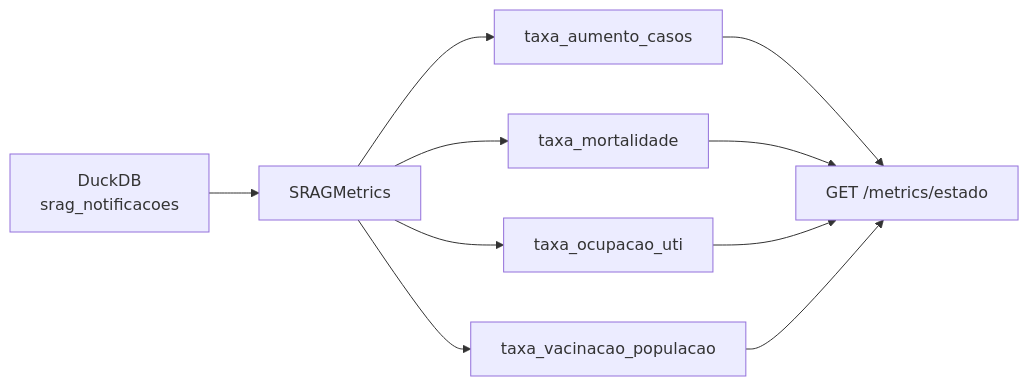
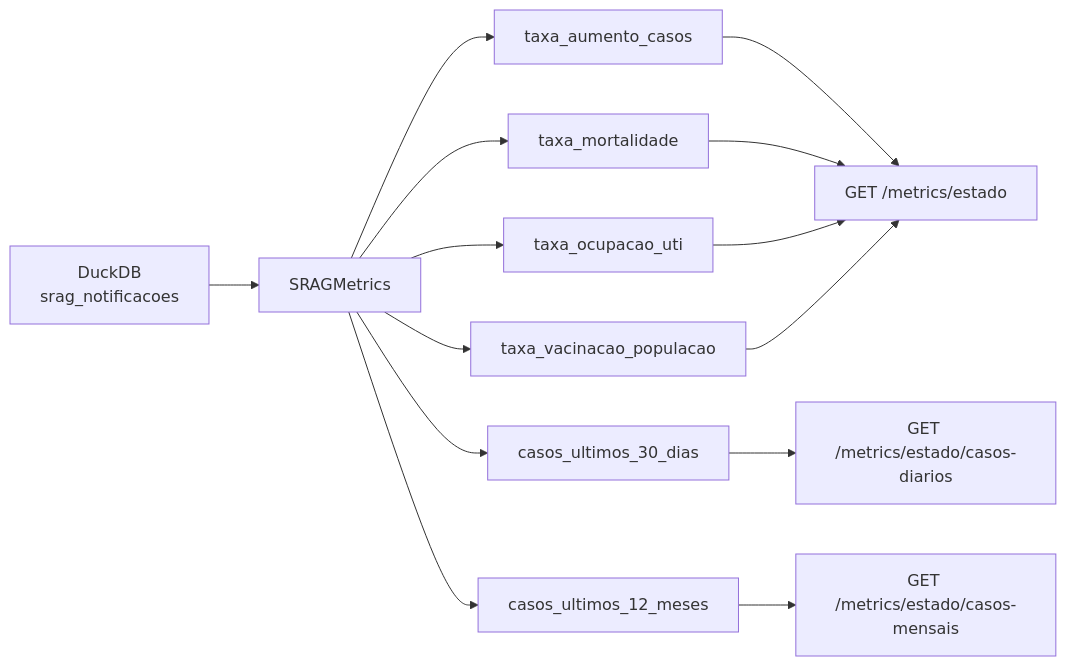
The first of 2 diagrams in docs/metricas_srag.md (johnwsl/srag-data-health-agent-monitor), drawn with Mermaid before and after one commit. The commit also changed other lines of this file and 2 other files, not shown here.

````diff
--- a/docs/metricas_srag.md
+++ b/docs/metricas_srag.md
@@ -11,12 +11,16 @@
 ```mermaid
 flowchart LR
     A[DuckDB\nsrag_notificacoes] --> B[SRAGMetrics]
     B --> C[taxa_aumento_casos]
     B --> D[taxa_mortalidade]
     B --> E[taxa_ocupacao_uti]
     B --> F[taxa_vacinacao_populacao]
-    C --> G[GET /metrics/estado]
-    D --> G
-    E --> G
-    F --> G
+    B --> G[casos_ultimos_30_dias]
+    B --> H[casos_ultimos_12_meses]
+    C --> I[GET /metrics/estado]
+    D --> I
+    E --> I
+    F --> I
+    G --> J[GET /metrics/estado/casos-diarios]
+    H --> K[GET /metrics/estado/casos-mensais]
 ```
````
